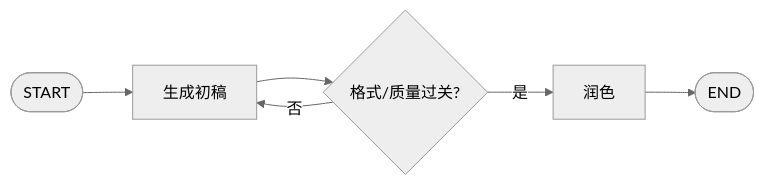
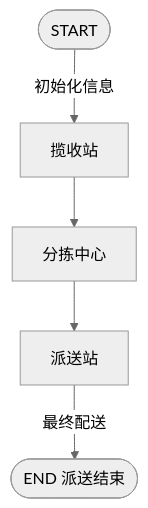
Before and after one commit to HandlerOne01/IMiss_Blog: the sixth of 30 diagrams in src/content/posts/ai/langgraph-nengli-xiangjie-xuexibiji.md, drawn with Mermaid (neutral theme). The commit also changed other lines of this file and 6 other files, not shown here.

````diff
--- a/src/content/posts/ai/langgraph-nengli-xiangjie-xuexibiji.md
+++ b/src/content/posts/ai/langgraph-nengli-xiangjie-xuexibiji.md
@@ -213,6 +490,7 @@
 ```mermaid
-flowchart LR
-    S([START]) --> A["生成初稿"] --> G{"格式/质量过关?"}
-    G -->|否| A
-    G -->|是| B["润色"] --> E([END])
+flowchart TD
+    S([START]) -->|初始化信息| A[揽收站]
+    A --> B[分拣中心]
+    B --> C[派送站]
+    C -->|最终配送| E([END 派送结束])
 ```
````
